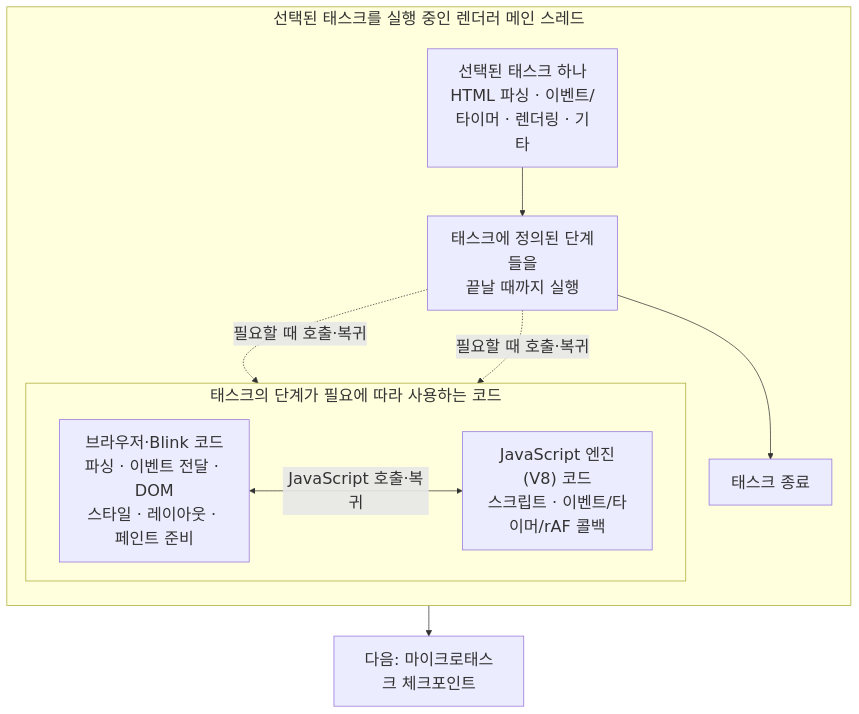
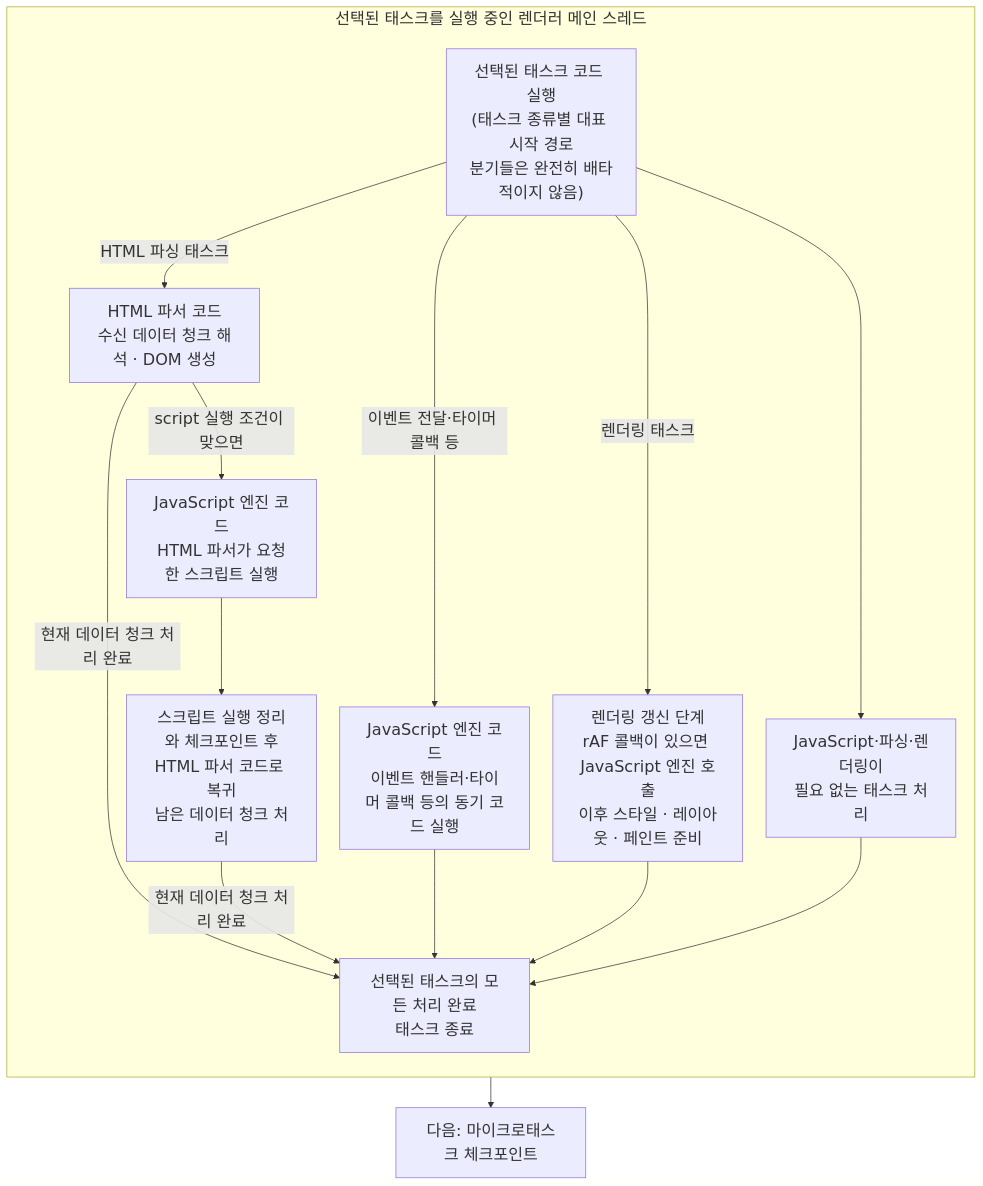
Before and after one commit to lee-gimoon/futures-paper-trading: the third of 3 diagrams in docs/frontend-study/06-main-thread-call-stack-and-event-loop.md, drawn with Mermaid. The commit also changed other lines of this file, not shown here.

Commit message:
docs: refine detailed browser task flow

````diff
--- a/docs/frontend-study/06-main-thread-call-stack-and-event-loop.md
+++ b/docs/frontend-study/06-main-thread-call-stack-and-event-loop.md
@@ -108,23 +108,29 @@
 ```mermaid
 %%{init: {"themeVariables": {"fontSize": "22px"}, "flowchart": {"nodeSpacing": 32, "rankSpacing": 42, "subGraphTitleMargin": {"top": 0, "bottom": 24}}}}%%
 flowchart TB
   subgraph MAIN["선택된 태스크를 실행 중인 렌더러 메인 스레드"]
     direction TB
-    TASK["선택된 태스크 하나<br/>HTML 파싱 · 이벤트/타이머 · 렌더링 · 기타"]
-    STEPS["태스크에 정의된 단계들을<br/>끝날 때까지 실행"]
-    TASK_DONE["태스크 종료"]
+    TASK["선택된 태스크 코드 실행<br/>(태스크 종류별 대표 시작 경로<br/>분기들은 완전히 배타적이지 않음)"]
+    PARSER["HTML 파서 코드<br/>수신 데이터 청크 해석 · DOM 생성"]
+    SCRIPT_JS["JavaScript 엔진 코드<br/>HTML 파서가 요청한 스크립트 실행"]
+    PARSER_RESUME["스크립트 실행 정리와 체크포인트 후<br/>HTML 파서 코드로 복귀<br/>남은 데이터 청크 처리"]
+    TASK_JS["JavaScript 엔진 코드<br/>이벤트 핸들러·타이머 콜백 등의 동기 코드 실행"]
+    RENDER_CODE["렌더링 갱신 단계<br/>rAF 콜백이 있으면 JavaScript 엔진 호출<br/>이후 스타일 · 레이아웃 · 페인트 준비"]
+    OTHER["JavaScript·파싱·렌더링이<br/>필요 없는 태스크 처리"]
+    TASK_DONE["선택된 태스크의 모든 처리 완료<br/>태스크 종료"]
 
-    subgraph CODE["태스크의 단계가 필요에 따라 사용하는 코드"]
-      direction LR
-      BROWSER_CODE["브라우저·Blink 코드<br/>파싱 · 이벤트 전달 · DOM<br/>스타일 · 레이아웃 · 페인트 준비"]
-      JS_CODE["JavaScript 엔진(V8) 코드<br/>스크립트 · 이벤트/타이머/rAF 콜백"]
-      BROWSER_CODE <-->|"JavaScript 호출·복귀"| JS_CODE
-    end
-
-    TASK --> STEPS --> TASK_DONE
-    STEPS -.->|"필요할 때 호출·복귀"| BROWSER_CODE
-    STEPS -.->|"필요할 때 호출·복귀"| JS_CODE
+    TASK -->|"HTML 파싱 태스크"| PARSER
+    PARSER -->|"script 실행 조건이 맞으면"| SCRIPT_JS
+    PARSER -->|"현재 데이터 청크 처리 완료"| TASK_DONE
+    SCRIPT_JS --> PARSER_RESUME
+    PARSER_RESUME -->|"현재 데이터 청크 처리 완료"| TASK_DONE
+    TASK -->|"이벤트 전달·타이머 콜백 등"| TASK_JS
+    TASK_JS --> TASK_DONE
+    TASK -->|"렌더링 태스크"| RENDER_CODE
+    RENDER_CODE --> TASK_DONE
+    TASK --> OTHER
+    OTHER --> TASK_DONE
   end
 
   TASK_DONE --> CHECKPOINT["다음: 마이크로태스크 체크포인트"]
 ```
````
